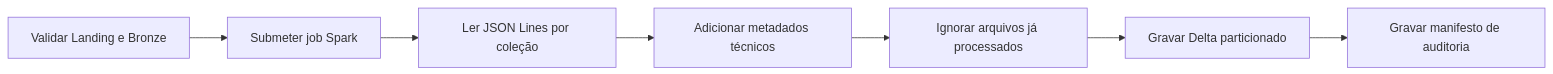
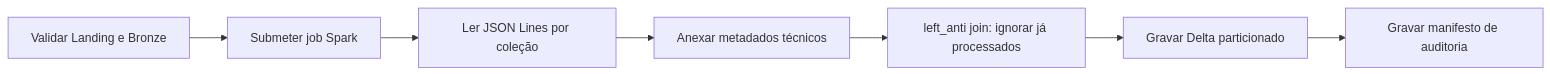
The diagram in docs/dag_landing_bronze.md (olucasoliverio/Engenharia_Dados_Final), drawn with Mermaid before and after one commit. The commit also changed other lines of this file and 10 other files, not shown here.

````diff
--- a/docs/dag_landing_bronze.md
+++ b/docs/dag_landing_bronze.md
@@ -8,9 +42,9 @@
 ```mermaid
 flowchart LR
     A[Validar Landing e Bronze] --> B[Submeter job Spark]
     B --> C[Ler JSON Lines por coleção]
-    C --> D[Adicionar metadados técnicos]
-    D --> E[Ignorar arquivos já processados]
+    C --> D[Anexar metadados técnicos]
+    D --> E[left_anti join: ignorar já processados]
     E --> F[Gravar Delta particionado]
     F --> G[Gravar manifesto de auditoria]
 ```
````
